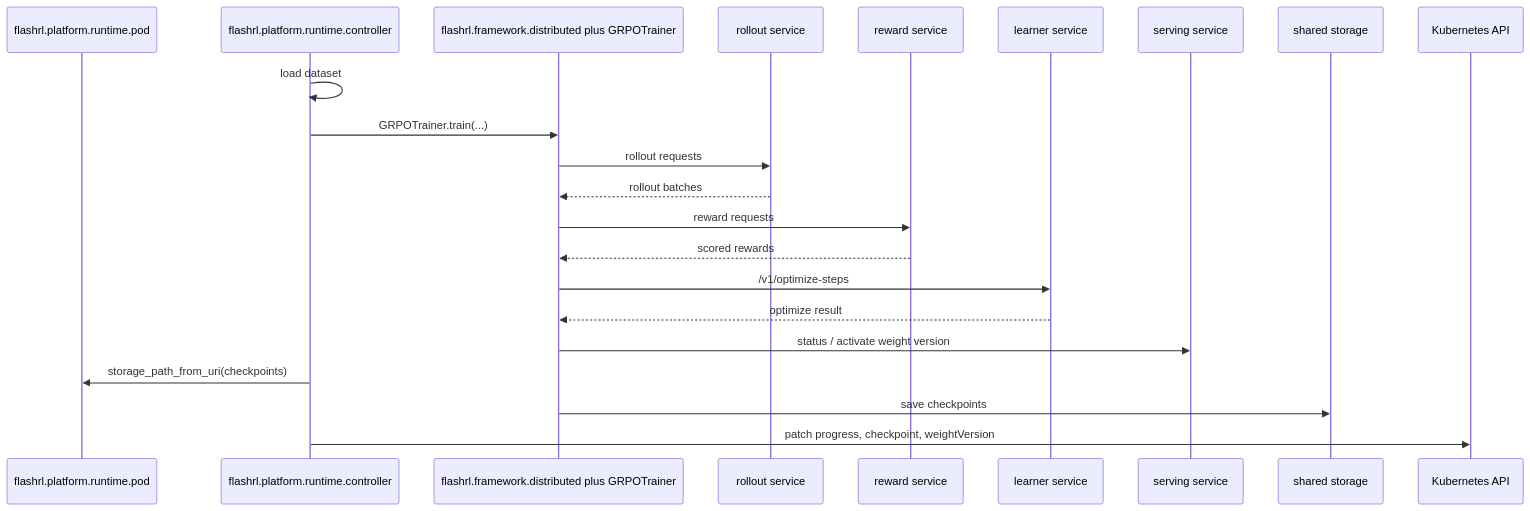
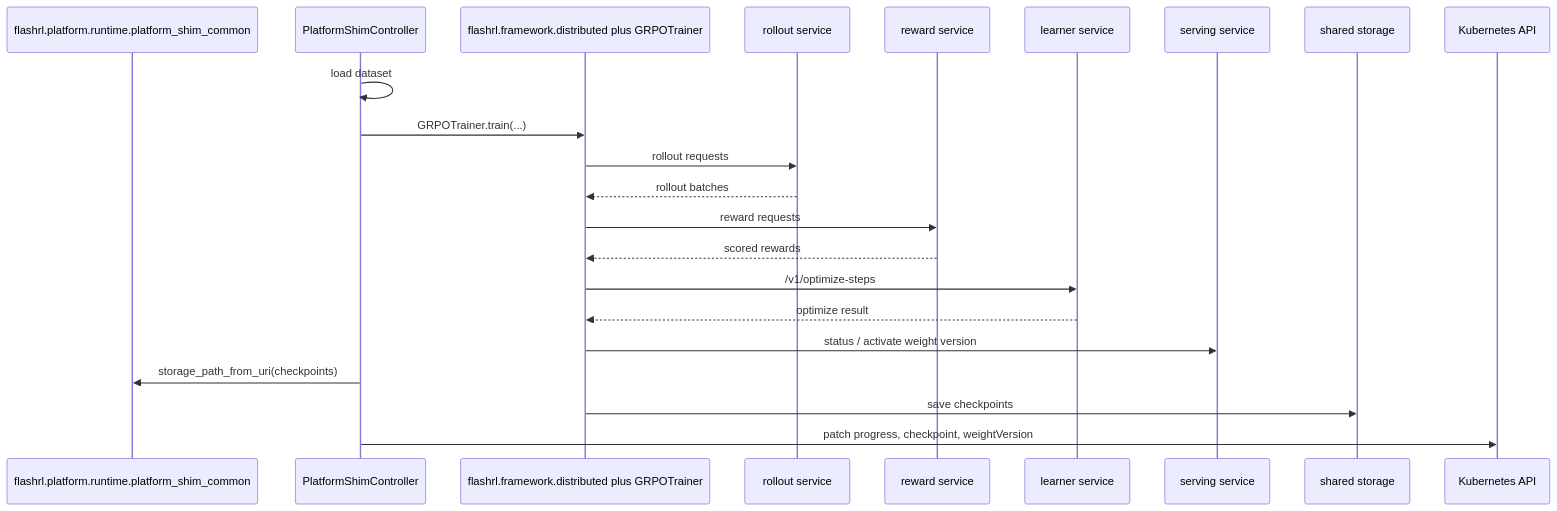
One commit to lastweek/FlashRL changed the fifth of 13 diagrams in docs/platform-architecture.md. Above: the diagram before and after it, drawn with Mermaid. The commit also changed other lines of this file and 29 other files, not shown here.

````diff
--- a/docs/platform-architecture.md
+++ b/docs/platform-architecture.md
@@ -232,25 +235,25 @@
 ```mermaid
 sequenceDiagram
-    participant PodContract as flashrl.platform.runtime.pod
-    participant Platform as flashrl.platform.runtime.controller
+    participant PodContract as flashrl.platform.runtime.platform_shim_common
+    participant Platform as PlatformShimController
     participant Framework as flashrl.framework.distributed plus GRPOTrainer
     participant Rollout as rollout service
     participant Reward as reward service
     participant Learner as learner service
     participant Serving as serving service
     participant Storage as shared storage
     participant API as Kubernetes API
 
     Platform->>Platform: load dataset
     Platform->>Framework: GRPOTrainer.train(...)
     Framework->>Rollout: rollout requests
     Rollout-->>Framework: rollout batches
     Framework->>Reward: reward requests
     Reward-->>Framework: scored rewards
     Framework->>Learner: /v1/optimize-steps
     Learner-->>Framework: optimize result
     Framework->>Serving: status / activate weight version
     Platform->>PodContract: storage_path_from_uri(checkpoints)
     Framework->>Storage: save checkpoints
     Platform->>API: patch progress, checkpoint, weightVersion
 ```
````
